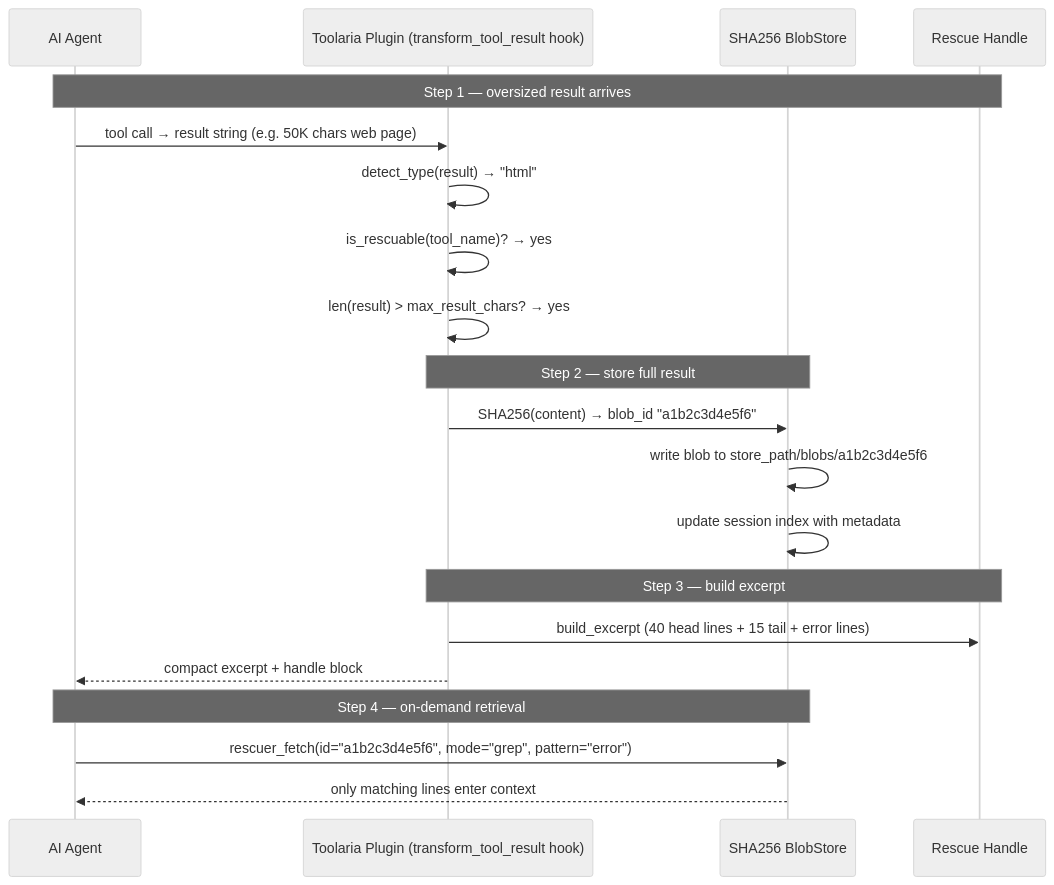
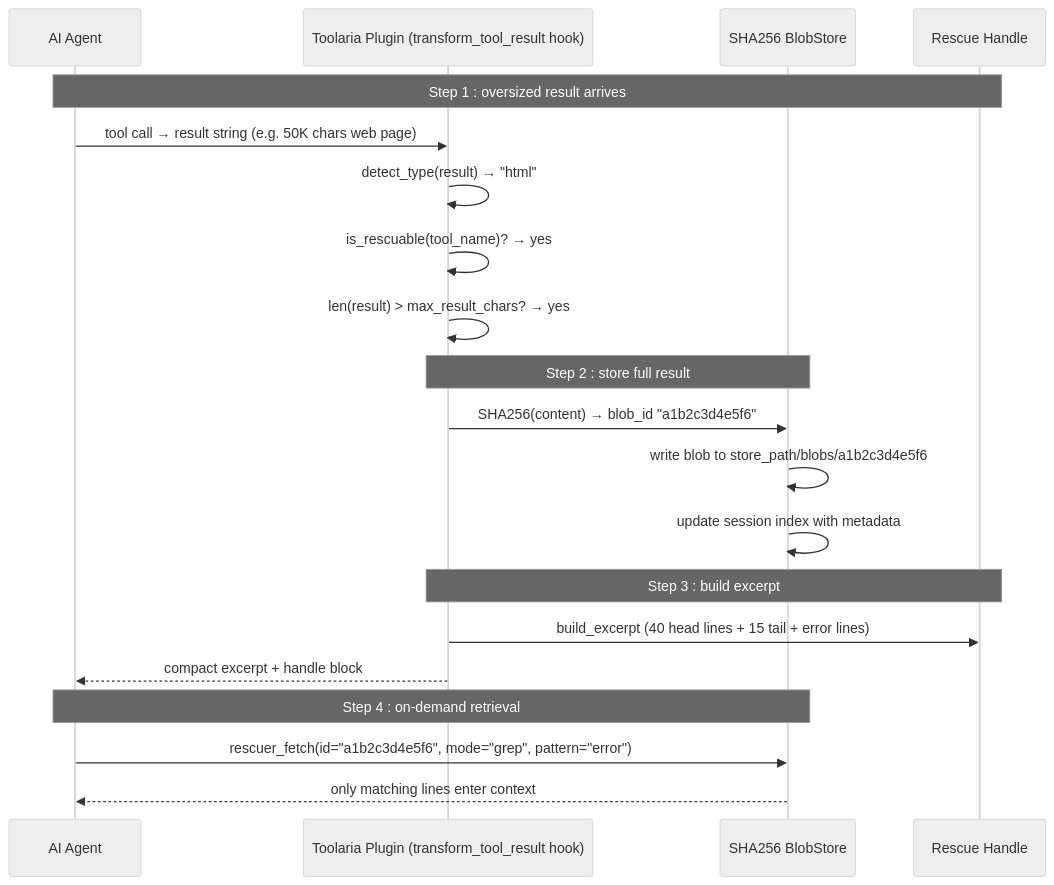
Before and after one commit to Sahil-SS9/Toolaria: the diagram in docs/ARCHITECTURE.md, drawn with Mermaid (neutral theme). The commit also changed other lines of this file and 4 other files, not shown here.

````diff
--- a/docs/ARCHITECTURE.md
+++ b/docs/ARCHITECTURE.md
@@ -7,26 +7,26 @@
 ```mermaid
 sequenceDiagram
     participant Model as AI Agent
     participant Toolaria as Toolaria Plugin (transform_tool_result hook)
     participant Store as SHA256 BlobStore
     participant Result as Rescue Handle
     
-    Note over Model,Result: Step 1 — oversized result arrives
+    Note over Model,Result: Step 1 : oversized result arrives
     Model->>Toolaria: tool call → result string (e.g. 50K chars web page)
     Toolaria->>Toolaria: detect_type(result) → "html"
     Toolaria->>Toolaria: is_rescuable(tool_name)? → yes
     Toolaria->>Toolaria: len(result) > max_result_chars? → yes
     
-    Note over Toolaria,Store: Step 2 — store full result
+    Note over Toolaria,Store: Step 2 : store full result
     Toolaria->>Store: SHA256(content) → blob_id "a1b2c3d4e5f6"
     Store->>Store: write blob to store_path/blobs/a1b2c3d4e5f6
     Store->>Store: update session index with metadata
     
-    Note over Toolaria,Result: Step 3 — build excerpt
+    Note over Toolaria,Result: Step 3 : build excerpt
     Toolaria->>Result: build_excerpt (40 head lines + 15 tail + error lines)
     Toolaria-->>Model: compact excerpt + handle block
     
-    Note over Model,Store: Step 4 — on-demand retrieval
+    Note over Model,Store: Step 4 : on-demand retrieval
     Model->>Store: rescuer_fetch(id="a1b2c3d4e5f6", mode="grep", pattern="error")
     Store-->>Model: only matching lines enter context
 ```
````
